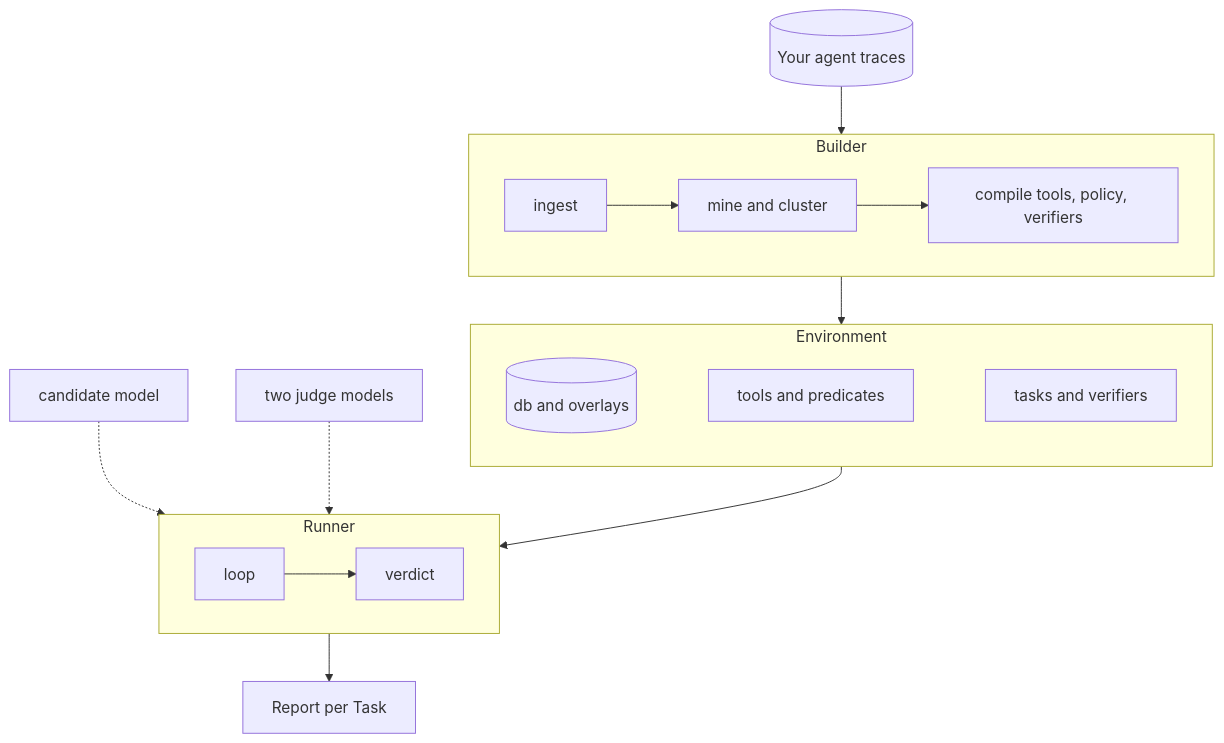
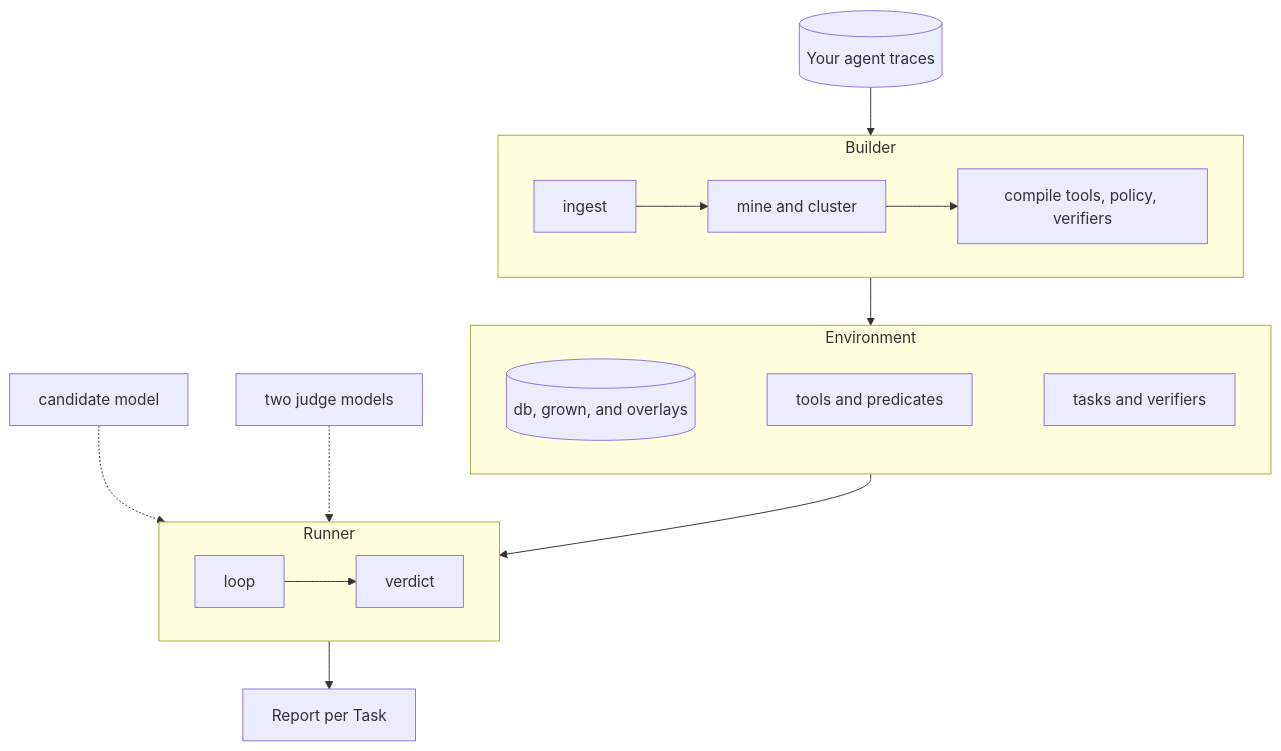
Before and after one commit to leiblerdev/kullback: the second of 2 diagrams in README.md, drawn with Mermaid. The commit also changed other lines of this file and 37 other files, not shown here.

````diff
--- a/README.md
+++ b/README.md
@@ -32,27 +32,27 @@
 ```mermaid
 flowchart TB
     T[(Your agent traces)] --> I
 
     subgraph B[Builder]
         direction LR
         I[ingest] --> M[mine and cluster] --> C[compile tools, policy, verifiers]
     end
 
     C --> E
 
     subgraph E[Environment]
         direction LR
-        W[(db and overlays)] ~~~ K[tools and predicates] ~~~ V[tasks and verifiers]
+        W[(db, grown, and overlays)] ~~~ K[tools and predicates] ~~~ V[tasks and verifiers]
     end
 
     E --> L
 
     subgraph R[Runner]
         direction LR
         L[loop] --> D[verdict]
     end
 
     CA[candidate model] -.-> L
     J[two judge models] -.-> D
     D --> P[Report per Task]
 ```
````
